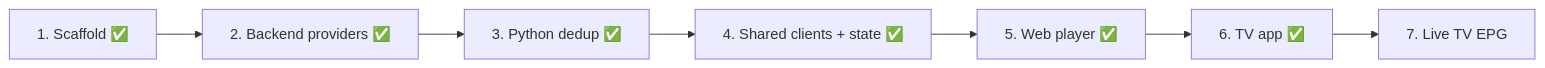
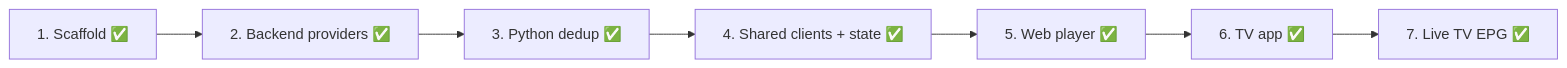
One commit to brunoccst/iptv-player changed the diagram in documentation/NEXT-STEPS.md. Above: the diagram before and after it, drawn with Mermaid. The commit also changed other lines of this file and 4 other files, not shown here.

````diff
--- a/documentation/NEXT-STEPS.md
+++ b/documentation/NEXT-STEPS.md
@@ -7,5 +7,5 @@
 ```mermaid
 flowchart LR
   S1[1. Scaffold ✅] --> S2[2. Backend providers ✅] --> S3[3. Python dedup ✅] --> S4[4. Shared clients + state ✅]
-  S4 --> S5[5. Web player ✅] --> S6[6. TV app ✅] --> S7[7. Live TV EPG]
+  S4 --> S5[5. Web player ✅] --> S6[6. TV app ✅] --> S7[7. Live TV EPG ✅]
 ```
````
